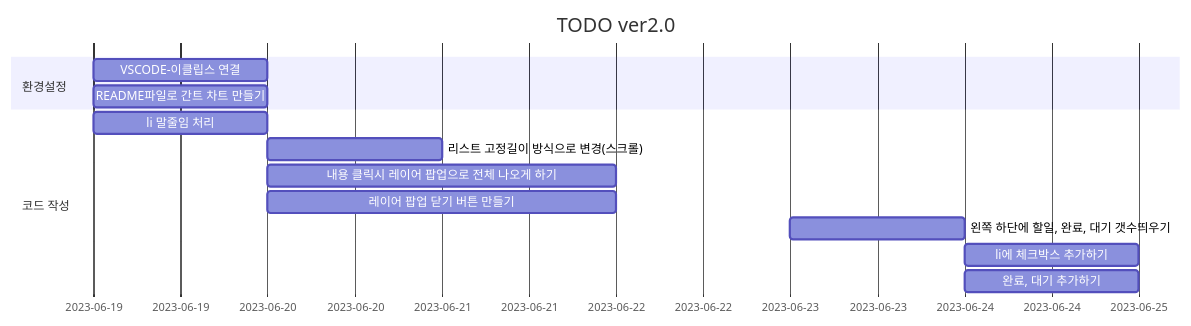
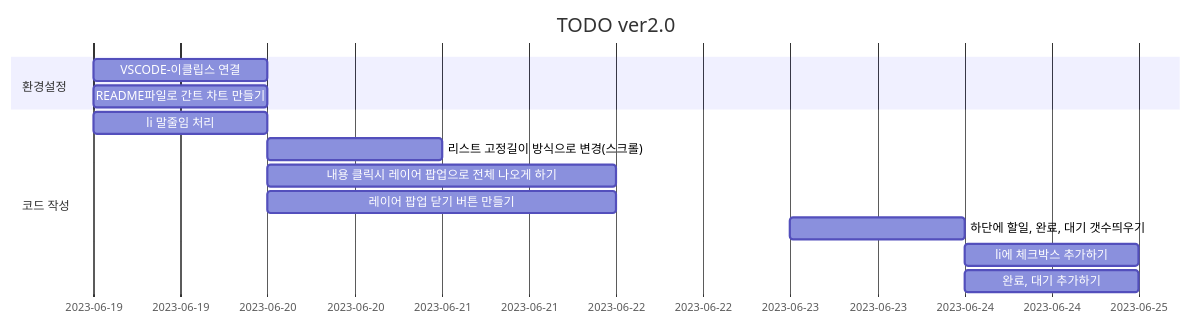
Before and after one commit to UDONGSALI/Toy-Project: the diagram in TODO_ver2/README.md, drawn with Mermaid.

````diff
--- a/TODO_ver2/README.md
+++ b/TODO_ver2/README.md
@@ -24,16 +24,16 @@
 ```mermaid
 gantt
     title TODO ver2.0
     dateFormat  YYYY-MM-DD
     section 환경설정
     VSCODE-이클립스 연결:2023-06-19, 1d
     README파일로 간트 차트 만들기:2023-06-19, 1d
     section 코드 작성
     li 말줄임 처리: 2023-06-19, 1d
     리스트 고정길이 방식으로 변경(스크롤): 2023-06-20, 1d
     내용 클릭시 레이어 팝업으로 전체 나오게 하기: 2023-06-20, 2d
     레이어 팝업 닫기 버튼 만들기: 2023-06-20, 2d
-    왼쪽 하단에 할일, 완료, 대기 갯수띄우기: 2023-06-23, 1d
+    하단에 할일, 완료, 대기 갯수띄우기: 2023-06-23, 1d
     li에 체크박스 추가하기: 2023-06-24, 1d
     완료, 대기 추가하기: 2023-06-24, 1d
 ```
````
